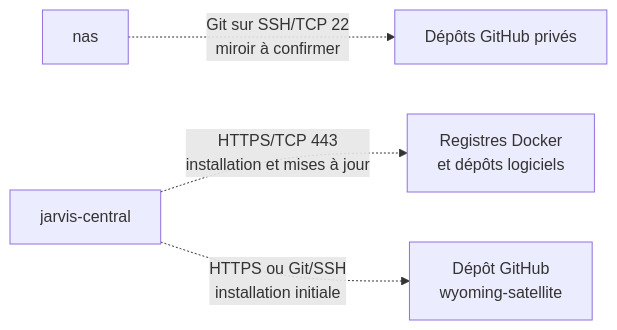
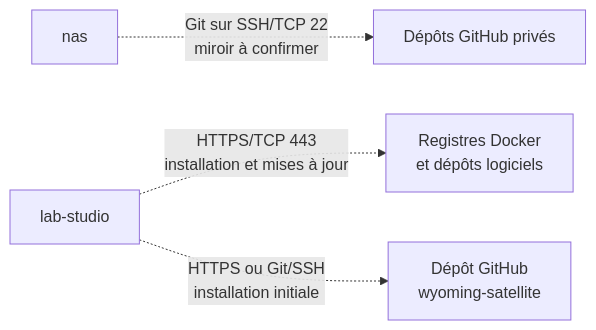
The third of 5 diagrams in reference-homelab.md (LaoTseu0/homelab), drawn with Mermaid before and after one commit. The commit also changed other lines of this file and 112 other files, not shown here.

Commit message:
Structurer le homelab et déployer lab-studio avec Ansible

````diff
--- a/reference-homelab.md
+++ b/reference-homelab.md
@@ -169,6 +189,6 @@
 ```mermaid
 flowchart LR
     NAS["nas"] -.->|"Git sur SSH/TCP 22<br/>miroir à confirmer"| Mirror["Dépôts GitHub privés"]
-    Central["jarvis-central"] -.->|"HTTPS/TCP 443<br/>installation et mises à jour"| Registries["Registres Docker<br/>et dépôts logiciels"]
+    Central["lab-studio"] -.->|"HTTPS/TCP 443<br/>installation et mises à jour"| Registries["Registres Docker<br/>et dépôts logiciels"]
     Central -.->|"HTTPS ou Git/SSH<br/>installation initiale"| WyomingRepo["Dépôt GitHub<br/>wyoming-satellite"]
 ```
````
